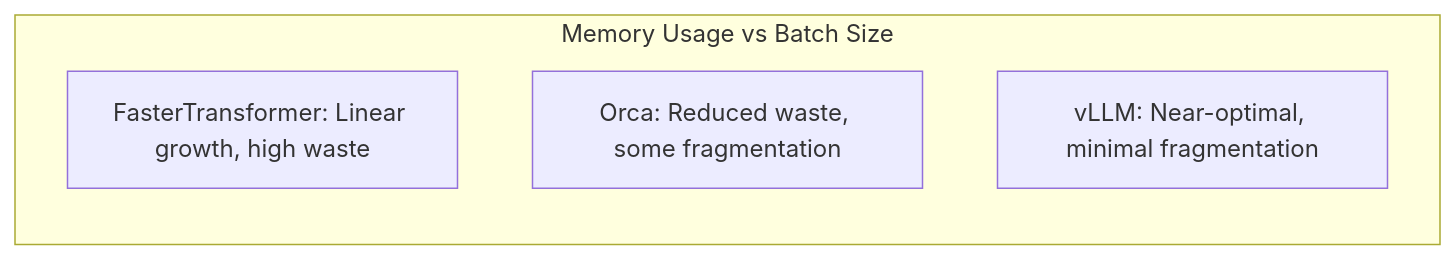
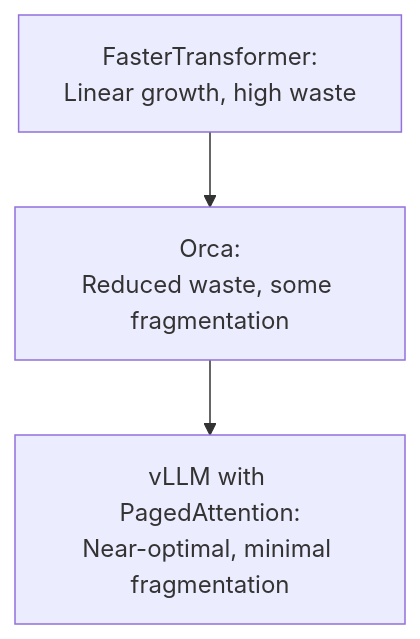
The sixth of 37 diagrams in lab0.2/README.md (Shahriarin2garden/vllm_from_scratch), drawn with Mermaid before and after one commit. The commit also changed other lines of this file, not shown here.

Commit message:
Refactor diagrams in README.md for improved clarity and consistency

````diff
--- a/lab0.2/README.md
+++ b/lab0.2/README.md
@@ -222,8 +196,7 @@
 ```mermaid
-graph LR
-    subgraph "Memory Usage vs Batch Size"
-        FT["FasterTransformer: Linear growth, high waste"]
-        Orca["Orca: Reduced waste, some fragmentation"]
-        vLLM["vLLM: Near-optimal, minimal fragmentation"]
-    end
+graph TB
+    FT["FasterTransformer:<br/>Linear growth, high waste"]
+    Orca["Orca:<br/>Reduced waste, some fragmentation"]
+    vLLM["vLLM with PagedAttention:<br/>Near-optimal, minimal fragmentation"]
+    FT --> Orca --> vLLM
 ```
````
